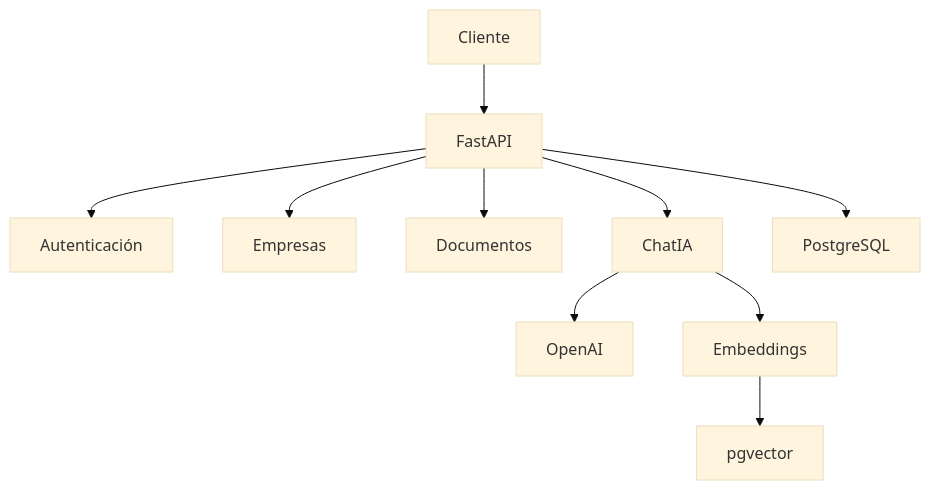
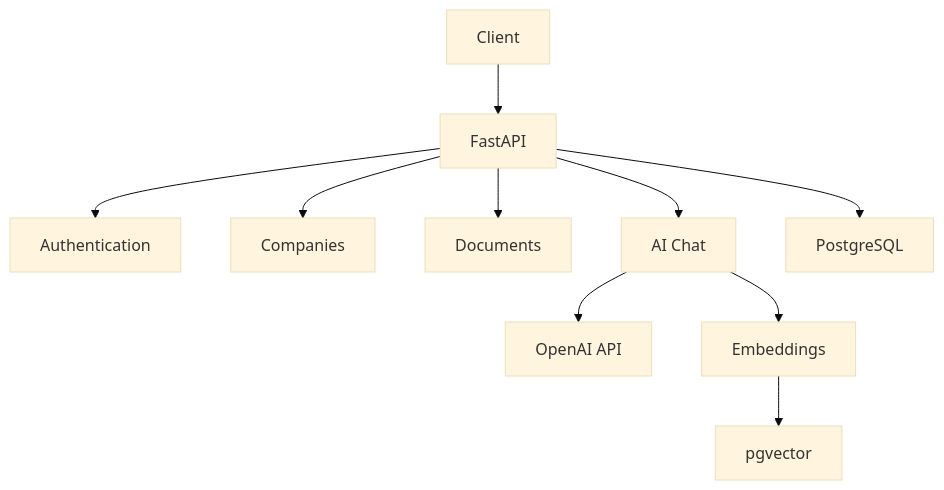
The diagram in README.es.md (StefiVergini/SmartVanguard), drawn with Mermaid (base theme) before and after one commit. The commit also changed 1 other file, not shown here.

Commit message:
update-mermaid

````diff
--- a/README.es.md
+++ b/README.es.md
@@ -87,18 +87,17 @@
 ```mermaid
 graph TD
 
-Cliente --> FastAPI
+Client[Client] --> FastAPI[FastAPI]
 
-FastAPI --> Autenticación
-FastAPI --> Empresas
-FastAPI --> Documentos
-FastAPI --> ChatIA
+FastAPI --> Auth[Authentication]
+FastAPI --> Companies[Companies]
+FastAPI --> Documents[Documents]
+FastAPI --> AIChat[AI Chat]
 
-ChatIA --> OpenAI
+AIChat --> OpenAI[OpenAI API]
+AIChat --> Embeddings[Embeddings]
 
-ChatIA --> Embeddings
+Embeddings --> PGVector[pgvector]
 
-Embeddings --> pgvector
-
-FastAPI --> PostgreSQL
+FastAPI --> PostgreSQL[PostgreSQL]
 ```
````
